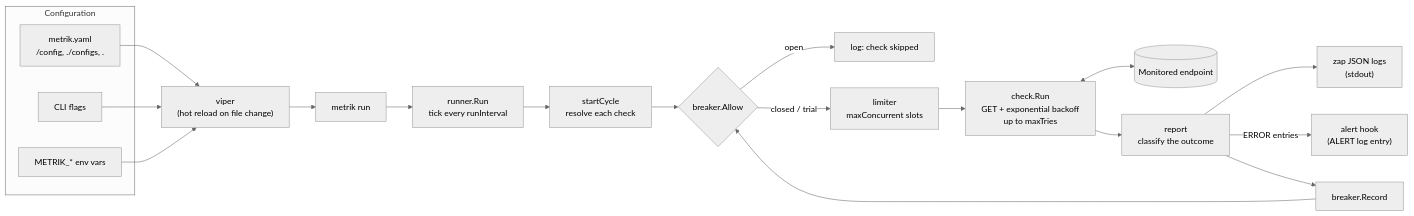
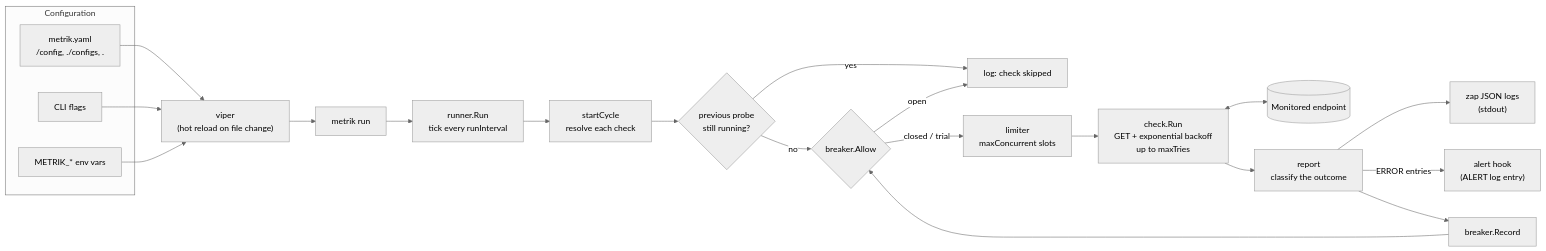
One commit to pdemagny/metrik changed the first of 3 diagrams in docs/metrik-architecture.md. Above: the diagram before and after it, drawn with Mermaid (neutral theme). The commit also changed other lines of this file and 3 other files, not shown here.

Commit message:
fix(runner): skip a check whose previous probe is still running

````diff
--- a/docs/metrik-architecture.md
+++ b/docs/metrik-architecture.md
@@ -26,27 +26,29 @@
 ```mermaid
 flowchart LR
     subgraph Sources["Configuration"]
         File["metrik.yaml<br/>/config, ./configs, ."]
         Flags["CLI flags"]
         Env["METRIK_* env vars"]
     end
 
     Viper["viper<br/>(hot reload on file change)"]
     File --> Viper
     Flags --> Viper
     Env --> Viper
 
     Viper --> Run["metrik run"]
     Run --> Runner["runner.Run<br/>tick every runInterval"]
     Runner --> Cycle["startCycle<br/>resolve each check"]
-    Cycle --> Gate{"breaker.Allow"}
+    Cycle --> Busy{"previous probe<br/>still running?"}
+    Busy -- "yes" --> Skip
+    Busy -- "no" --> Gate{"breaker.Allow"}
     Gate -- "open" --> Skip["log: check skipped"]
     Gate -- "closed / trial" --> Limiter["limiter<br/>maxConcurrent slots"]
     Limiter --> Probe["check.Run<br/>GET + exponential backoff<br/>up to maxTries"]
     Probe <--> Target[("Monitored endpoint")]
     Probe --> Report["report<br/>classify the outcome"]
     Report --> Logs["zap JSON logs<br/>(stdout)"]
     Report -- "ERROR entries" --> Alert["alert hook<br/>(ALERT log entry)"]
     Report --> Record["breaker.Record"]
     Record --> Gate
 ```
````
